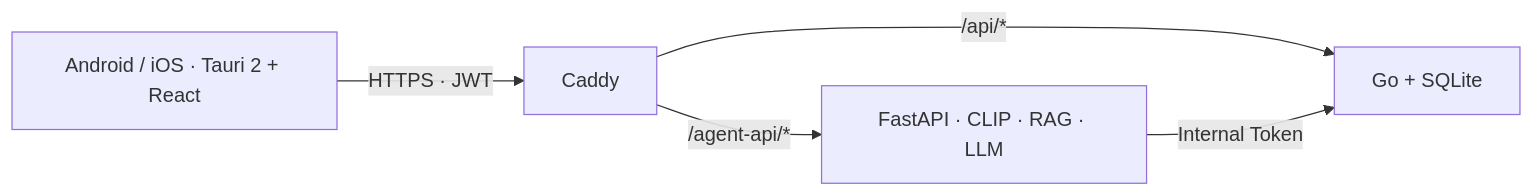
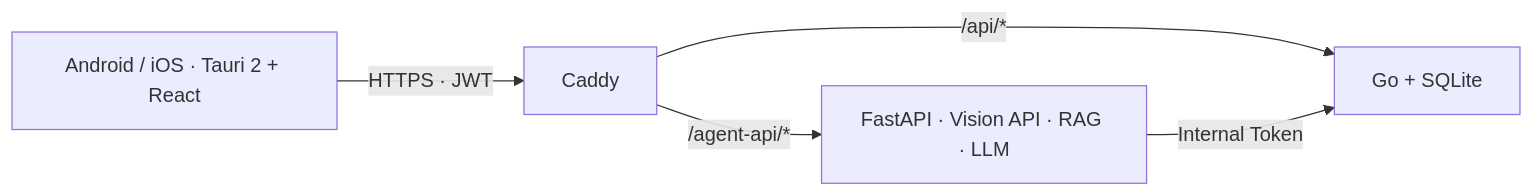
The diagram in README.md (Green-hats/NutriGo), drawn with Mermaid before and after one commit. The commit also changed other lines of this file and 27 other files, not shown here.

````diff
--- a/README.md
+++ b/README.md
@@ -108,7 +108,7 @@
 ```mermaid
 flowchart LR
     App[Android / iOS · Tauri 2 + React] -->|HTTPS · JWT| Caddy
     Caddy -->|/api/*| Go[Go + SQLite]
-    Caddy -->|/agent-api/*| Agent[FastAPI · CLIP · RAG · LLM]
+    Caddy -->|/agent-api/*| Agent[FastAPI · Vision API · RAG · LLM]
     Agent -->|Internal Token| Go
 ```
````
